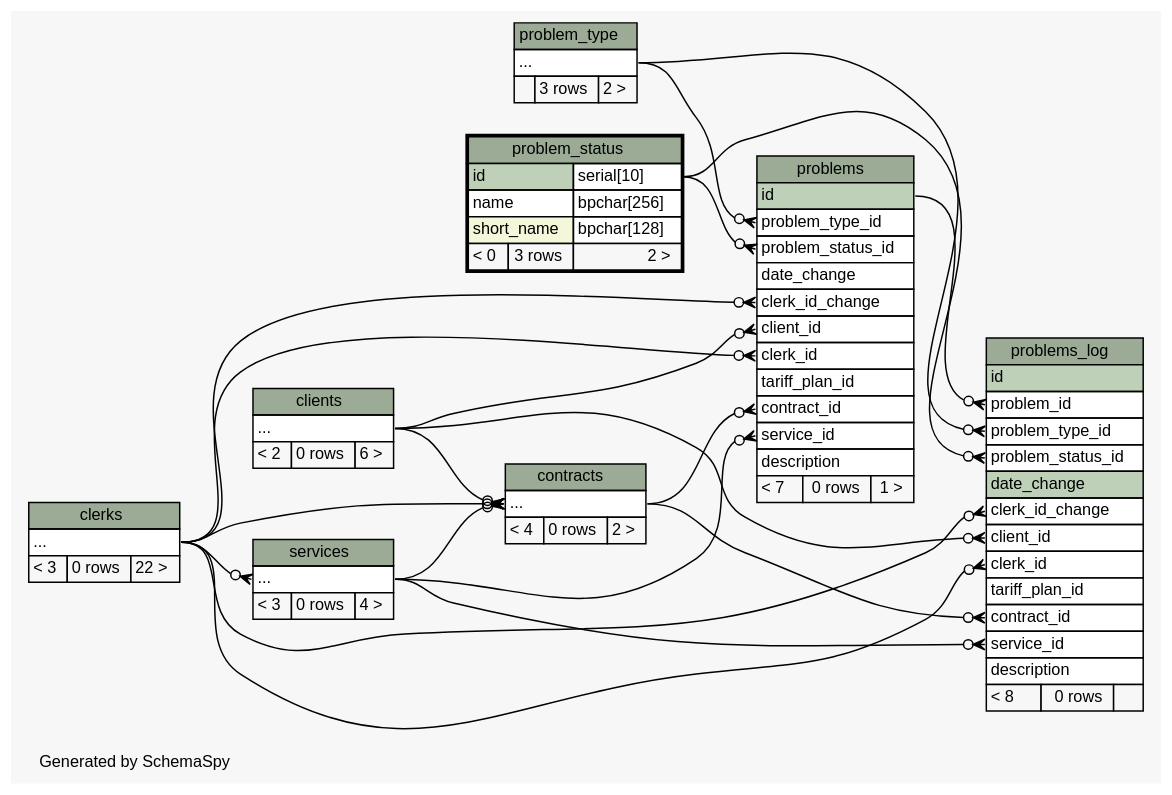
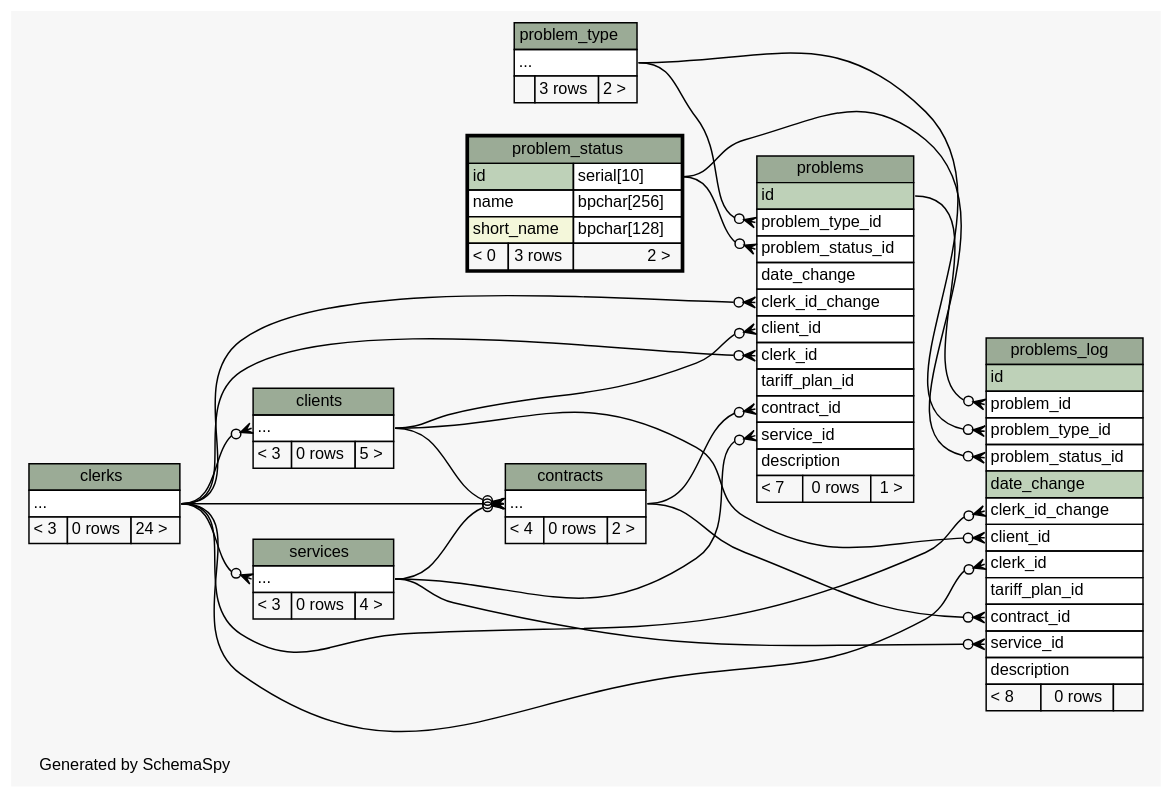
The diagram in db_schema/diagrams/problem_status.2degrees.dot (okharch/avox), drawn with Graphviz before and after one commit. The commit also changed 166 other files, not shown here.

Commit message:
spyschema-modified

```diff
--- a/db_schema/diagrams/problem_status.2degrees.dot
+++ b/db_schema/diagrams/problem_status.2degrees.dot
@@ -1,144 +1,145 @@
 // dot 2.26.0 on Linux 2.6.32-358.2.1.el6.x86_64
 // SchemaSpy rev 590
 digraph "twoDegreesRelationshipsDiagram" {
   graph [
     rankdir="RL"
     bgcolor="#f7f7f7"
     label="\nGenerated by SchemaSpy"
     labeljust="l"
     nodesep="0.18"
     ranksep="0.46"
     fontname="Helvetica"
     fontsize="11"
   ];
   node [
     fontname="Helvetica"
     fontsize="11"
     shape="plaintext"
   ];
   edge [
     arrowsize="0.8"
   ];
+  "clients":"elipses":w -> "clerks":"elipses":e [arrowhead=none dir=back arrowtail=crowodot];
   "contracts":"elipses":w -> "clerks":"elipses":e [arrowhead=none dir=back arrowtail=crowodot];
   "contracts":"elipses":w -> "clients":"elipses":e [arrowhead=none dir=back arrowtail=crowodot];
   "contracts":"elipses":w -> "services":"elipses":e [arrowhead=none dir=back arrowtail=crowodot];
   "problems":"clerk_id":w -> "clerks":"elipses":e [arrowhead=none dir=back arrowtail=crowodot];
   "problems":"clerk_id_change":w -> "clerks":"elipses":e [arrowhead=none dir=back arrowtail=crowodot];
   "problems":"client_id":w -> "clients":"elipses":e [arrowhead=none dir=back arrowtail=crowodot];
   "problems":"contract_id":w -> "contracts":"elipses":e [arrowhead=none dir=back arrowtail=crowodot];
   "problems":"problem_status_id":w -> "problem_status":"id.type":e [arrowhead=none dir=back arrowtail=crowodot];
   "problems":"problem_type_id":w -> "problem_type":"elipses":e [arrowhead=none dir=back arrowtail=crowodot];
   "problems":"service_id":w -> "services":"elipses":e [arrowhead=none dir=back arrowtail=crowodot];
   "problems_log":"clerk_id":w -> "clerks":"elipses":e [arrowhead=none dir=back arrowtail=crowodot];
   "problems_log":"clerk_id_change":w -> "clerks":"elipses":e [arrowhead=none dir=back arrowtail=crowodot];
   "problems_log":"client_id":w -> "clients":"elipses":e [arrowhead=none dir=back arrowtail=crowodot];
   "problems_log":"contract_id":w -> "contracts":"elipses":e [arrowhead=none dir=back arrowtail=crowodot];
   "problems_log":"problem_id":w -> "problems":"id":e [arrowhead=none dir=back arrowtail=crowodot];
   "problems_log":"problem_status_id":w -> "problem_status":"id.type":e [arrowhead=none dir=back arrowtail=crowodot];
   "problems_log":"problem_type_id":w -> "problem_type":"elipses":e [arrowhead=none dir=back arrowtail=crowodot];
   "problems_log":"service_id":w -> "services":"elipses":e [arrowhead=none dir=back arrowtail=crowodot];
   "services":"elipses":w -> "clerks":"elipses":e [arrowhead=none dir=back arrowtail=crowodot];
   "clerks" [
     label=<
     <TABLE BORDER="0" CELLBORDER="1" CELLSPACING="0" BGCOLOR="#ffffff">
       <TR><TD COLSPAN="3" BGCOLOR="#9bab96" ALIGN="CENTER">clerks</TD></TR>
       <TR><TD PORT="elipses" COLSPAN="3" ALIGN="LEFT">...</TD></TR>
-      <TR><TD ALIGN="LEFT" BGCOLOR="#f7f7f7">&lt; 3</TD><TD ALIGN="RIGHT" BGCOLOR="#f7f7f7">0 rows</TD><TD ALIGN="RIGHT" BGCOLOR="#f7f7f7">22 &gt;</TD></TR>
+      <TR><TD ALIGN="LEFT" BGCOLOR="#f7f7f7">&lt; 3</TD><TD ALIGN="RIGHT" BGCOLOR="#f7f7f7">0 rows</TD><TD ALIGN="RIGHT" BGCOLOR="#f7f7f7">24 &gt;</TD></TR>
     </TABLE>>
     URL="clerks.html"
     tooltip="clerks"
   ];
   "clients" [
     label=<
     <TABLE BORDER="0" CELLBORDER="1" CELLSPACING="0" BGCOLOR="#ffffff">
       <TR><TD COLSPAN="3" BGCOLOR="#9bab96" ALIGN="CENTER">clients</TD></TR>
       <TR><TD PORT="elipses" COLSPAN="3" ALIGN="LEFT">...</TD></TR>
-      <TR><TD ALIGN="LEFT" BGCOLOR="#f7f7f7">&lt; 2</TD><TD ALIGN="RIGHT" BGCOLOR="#f7f7f7">0 rows</TD><TD ALIGN="RIGHT" BGCOLOR="#f7f7f7">6 &gt;</TD></TR>
+      <TR><TD ALIGN="LEFT" BGCOLOR="#f7f7f7">&lt; 3</TD><TD ALIGN="RIGHT" BGCOLOR="#f7f7f7">0 rows</TD><TD ALIGN="RIGHT" BGCOLOR="#f7f7f7">5 &gt;</TD></TR>
     </TABLE>>
     URL="clients.html"
     tooltip="clients"
   ];
   "contracts" [
     label=<
     <TABLE BORDER="0" CELLBORDER="1" CELLSPACING="0" BGCOLOR="#ffffff">
       <TR><TD COLSPAN="3" BGCOLOR="#9bab96" ALIGN="CENTER">contracts</TD></TR>
       <TR><TD PORT="elipses" COLSPAN="3" ALIGN="LEFT">...</TD></TR>
       <TR><TD ALIGN="LEFT" BGCOLOR="#f7f7f7">&lt; 4</TD><TD ALIGN="RIGHT" BGCOLOR="#f7f7f7">0 rows</TD><TD ALIGN="RIGHT" BGCOLOR="#f7f7f7">2 &gt;</TD></TR>
     </TABLE>>
     URL="contracts.html"
     tooltip="contracts"
   ];
   "problem_status" [
     label=<
     <TABLE BORDER="2" CELLBORDER="1" CELLSPACING="0" BGCOLOR="#ffffff">
       <TR><TD COLSPAN="3" BGCOLOR="#9bab96" ALIGN="CENTER">problem_status</TD></TR>
       <TR><TD PORT="id" COLSPAN="2" BGCOLOR="#bed1b8" ALIGN="LEFT">id</TD><TD PORT="id.type" ALIGN="LEFT">serial[10]</TD></TR>
       <TR><TD PORT="name" COLSPAN="2" ALIGN="LEFT">name</TD><TD PORT="name.type" ALIGN="LEFT">bpchar[256]</TD></TR>
       <TR><TD PORT="short_name" COLSPAN="2" BGCOLOR="#f4f7da" ALIGN="LEFT">short_name</TD><TD PORT="short_name.type" ALIGN="LEFT">bpchar[128]</TD></TR>
       <TR><TD ALIGN="LEFT" BGCOLOR="#f7f7f7">&lt; 0</TD><TD ALIGN="RIGHT" BGCOLOR="#f7f7f7">3 rows</TD><TD ALIGN="RIGHT" BGCOLOR="#f7f7f7">2 &gt;</TD></TR>
     </TABLE>>
     URL="problem_status.html"
     tooltip="problem_status"
   ];
   "problem_type" [
     label=<
     <TABLE BORDER="0" CELLBORDER="1" CELLSPACING="0" BGCOLOR="#ffffff">
       <TR><TD COLSPAN="3" BGCOLOR="#9bab96" ALIGN="CENTER">problem_type</TD></TR>
       <TR><TD PORT="elipses" COLSPAN="3" ALIGN="LEFT">...</TD></TR>
       <TR><TD ALIGN="LEFT" BGCOLOR="#f7f7f7">  </TD><TD ALIGN="RIGHT" BGCOLOR="#f7f7f7">3 rows</TD><TD ALIGN="RIGHT" BGCOLOR="#f7f7f7">2 &gt;</TD></TR>
     </TABLE>>
     URL="problem_type.html"
     tooltip="problem_type"
   ];
   "problems" [
     label=<
     <TABLE BORDER="0" CELLBORDER="1" CELLSPACING="0" BGCOLOR="#ffffff">
       <TR><TD COLSPAN="3" BGCOLOR="#9bab96" ALIGN="CENTER">problems</TD></TR>
       <TR><TD PORT="id" COLSPAN="3" BGCOLOR="#bed1b8" ALIGN="LEFT">id</TD></TR>
       <TR><TD PORT="problem_type_id" COLSPAN="3" ALIGN="LEFT">problem_type_id</TD></TR>
       <TR><TD PORT="problem_status_id" COLSPAN="3" ALIGN="LEFT">problem_status_id</TD></TR>
       <TR><TD PORT="date_change" COLSPAN="3" ALIGN="LEFT">date_change</TD></TR>
       <TR><TD PORT="clerk_id_change" COLSPAN="3" ALIGN="LEFT">clerk_id_change</TD></TR>
       <TR><TD PORT="client_id" COLSPAN="3" ALIGN="LEFT">client_id</TD></TR>
       <TR><TD PORT="clerk_id" COLSPAN="3" ALIGN="LEFT">clerk_id</TD></TR>
       <TR><TD PORT="tariff_plan_id" COLSPAN="3" ALIGN="LEFT">tariff_plan_id</TD></TR>
       <TR><TD PORT="contract_id" COLSPAN="3" ALIGN="LEFT">contract_id</TD></TR>
       <TR><TD PORT="service_id" COLSPAN="3" ALIGN="LEFT">service_id</TD></TR>
       <TR><TD PORT="description" COLSPAN="3" ALIGN="LEFT">description</TD></TR>
       <TR><TD ALIGN="LEFT" BGCOLOR="#f7f7f7">&lt; 7</TD><TD ALIGN="RIGHT" BGCOLOR="#f7f7f7">0 rows</TD><TD ALIGN="RIGHT" BGCOLOR="#f7f7f7">1 &gt;</TD></TR>
     </TABLE>>
     URL="problems.html"
     tooltip="problems"
   ];
   "problems_log" [
     label=<
     <TABLE BORDER="0" CELLBORDER="1" CELLSPACING="0" BGCOLOR="#ffffff">
       <TR><TD COLSPAN="3" BGCOLOR="#9bab96" ALIGN="CENTER">problems_log</TD></TR>
       <TR><TD PORT="id" COLSPAN="3" BGCOLOR="#bed1b8" ALIGN="LEFT">id</TD></TR>
       <TR><TD PORT="problem_id" COLSPAN="3" ALIGN="LEFT">problem_id</TD></TR>
       <TR><TD PORT="problem_type_id" COLSPAN="3" ALIGN="LEFT">problem_type_id</TD></TR>
       <TR><TD PORT="problem_status_id" COLSPAN="3" ALIGN="LEFT">problem_status_id</TD></TR>
       <TR><TD PORT="date_change" COLSPAN="3" BGCOLOR="#bed1b8" ALIGN="LEFT">date_change</TD></TR>
       <TR><TD PORT="clerk_id_change" COLSPAN="3" ALIGN="LEFT">clerk_id_change</TD></TR>
       <TR><TD PORT="client_id" COLSPAN="3" ALIGN="LEFT">client_id</TD></TR>
       <TR><TD PORT="clerk_id" COLSPAN="3" ALIGN="LEFT">clerk_id</TD></TR>
       <TR><TD PORT="tariff_plan_id" COLSPAN="3" ALIGN="LEFT">tariff_plan_id</TD></TR>
       <TR><TD PORT="contract_id" COLSPAN="3" ALIGN="LEFT">contract_id</TD></TR>
       <TR><TD PORT="service_id" COLSPAN="3" ALIGN="LEFT">service_id</TD></TR>
       <TR><TD PORT="description" COLSPAN="3" ALIGN="LEFT">description</TD></TR>
       <TR><TD ALIGN="LEFT" BGCOLOR="#f7f7f7">&lt; 8</TD><TD ALIGN="RIGHT" BGCOLOR="#f7f7f7">0 rows</TD><TD ALIGN="RIGHT" BGCOLOR="#f7f7f7">  </TD></TR>
     </TABLE>>
     URL="problems_log.html"
     tooltip="problems_log"
   ];
   "services" [
     label=<
     <TABLE BORDER="0" CELLBORDER="1" CELLSPACING="0" BGCOLOR="#ffffff">
       <TR><TD COLSPAN="3" BGCOLOR="#9bab96" ALIGN="CENTER">services</TD></TR>
       <TR><TD PORT="elipses" COLSPAN="3" ALIGN="LEFT">...</TD></TR>
       <TR><TD ALIGN="LEFT" BGCOLOR="#f7f7f7">&lt; 3</TD><TD ALIGN="RIGHT" BGCOLOR="#f7f7f7">0 rows</TD><TD ALIGN="RIGHT" BGCOLOR="#f7f7f7">4 &gt;</TD></TR>
     </TABLE>>
     URL="services.html"
     tooltip="services"
   ];
 }
```
